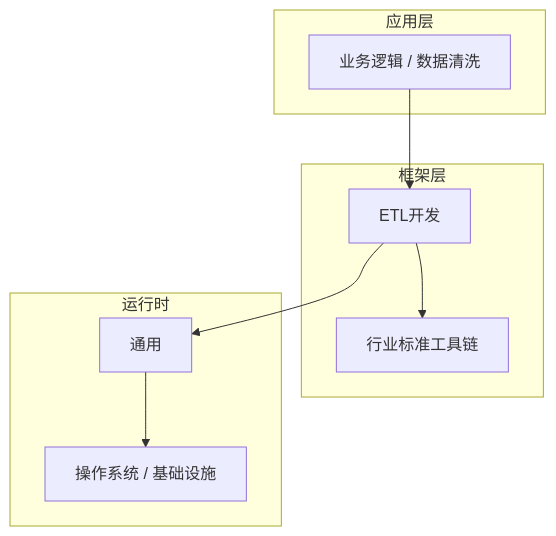
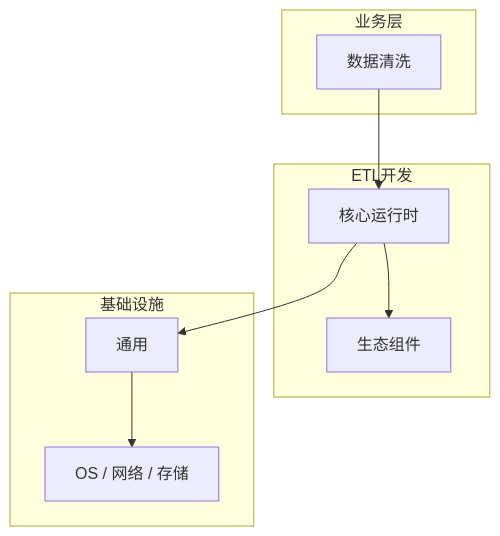
One commit to yanggan2015/knowledge-json-v2 changed the diagram in articles/ETL开发/chapters/021-数据清洗核心概念与原理.md. Above: the diagram before and after it, drawn with Mermaid. The commit also changed other lines of this file and 10127 other files, not shown here.

````diff
--- a/articles/ETL开发/chapters/021-数据清洗核心概念与原理.md
+++ b/articles/ETL开发/chapters/021-数据清洗核心概念与原理.md
@@ -45,18 +34,18 @@
 ```mermaid
 graph TB
-    subgraph 应用层
-        A[业务逻辑 / 数据清洗]
+    subgraph 业务层
+        A[数据清洗]
     end
-    subgraph 框架层
-        B[ETL开发]
-        C[行业标准工具链]
+    subgraph ETL开发
+        B[核心运行时]
+        C[生态组件]
     end
-    subgraph 运行时
+    subgraph 基础设施
         D[通用]
-        E[操作系统 / 基础设施]
+        E[OS / 网络 / 存储]
     end
     A --> B
     B --> C
     B --> D
     D --> E
 ```
````
